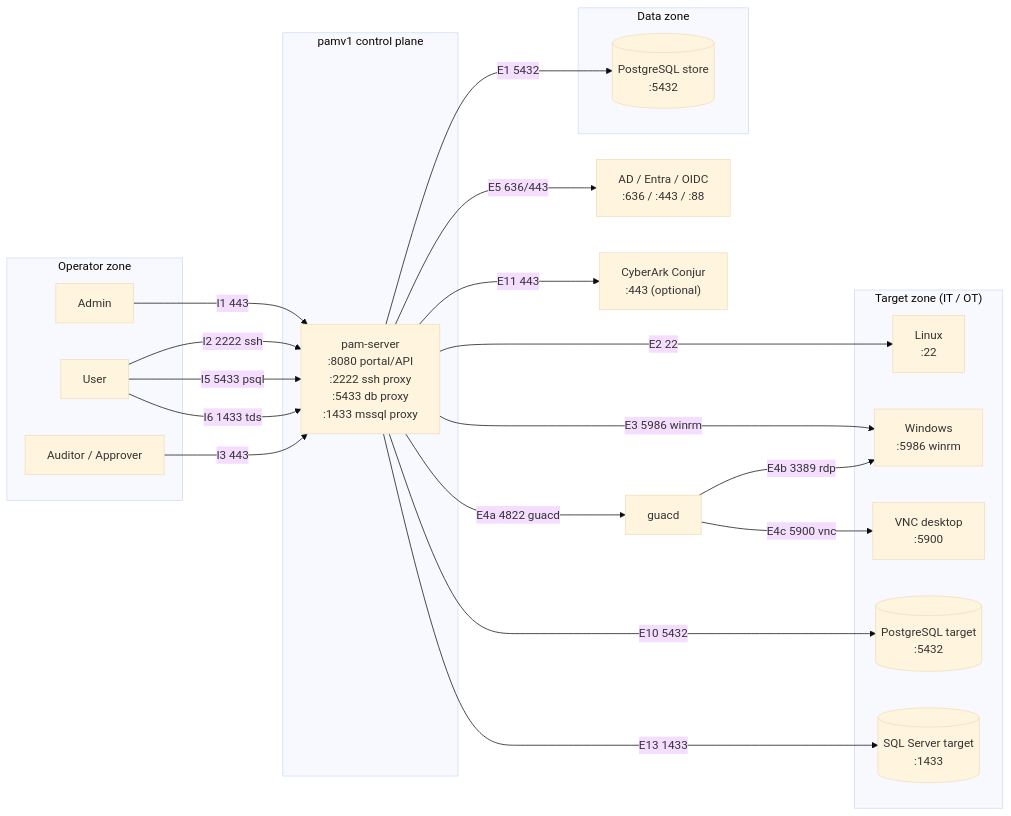
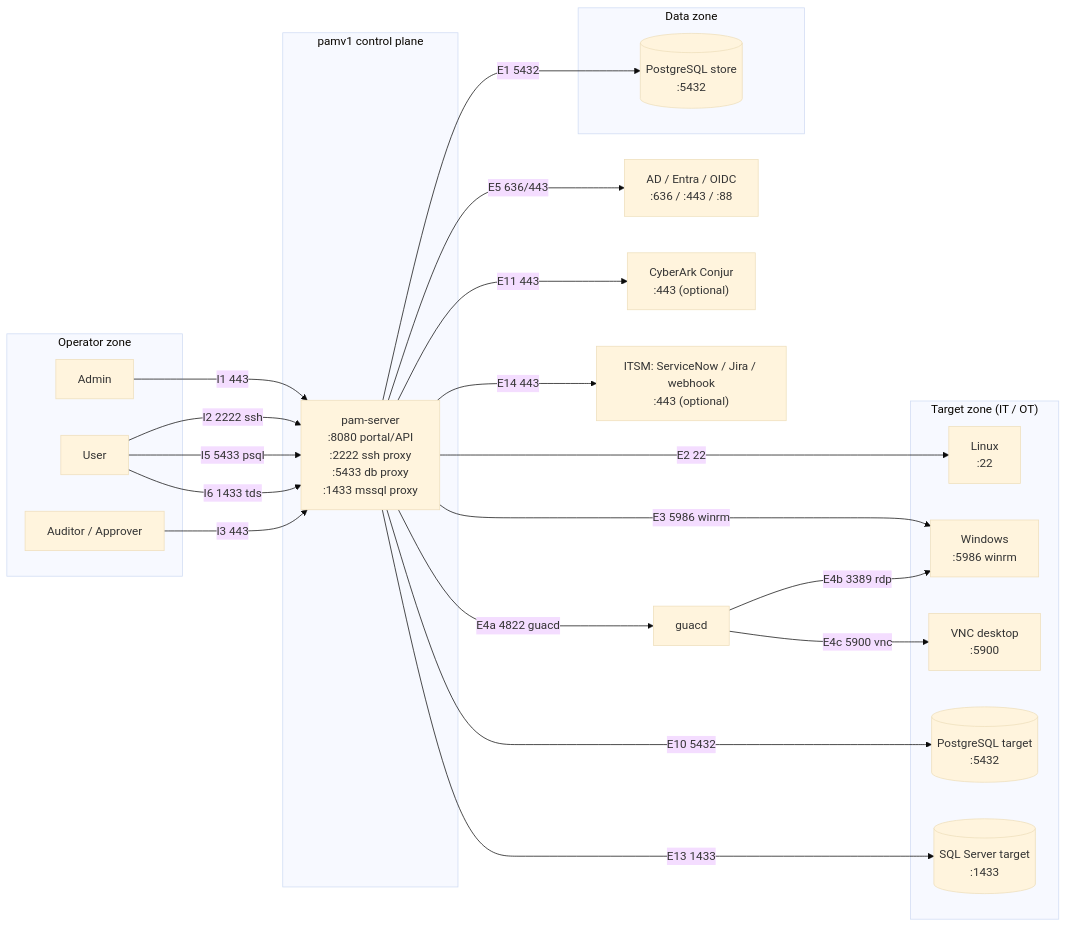
The diagram in docs/PORTS-AND-FLOWS.md (morandeirachema/PAMv1), drawn with Mermaid (base theme) before and after one commit. The commit also changed other lines of this file and 20 other files, not shown here.

````diff
--- a/docs/PORTS-AND-FLOWS.md
+++ b/docs/PORTS-AND-FLOWS.md
@@ -90,39 +100,41 @@
 ```mermaid
 flowchart LR
     subgraph OPS["Operator zone"]
         A["Admin"]
         U["User"]
         R["Auditor / Approver"]
     end
     subgraph PAM["pamv1 control plane"]
         S["pam-server<br/>:8080 portal/API<br/>:2222 ssh proxy<br/>:5433 db proxy<br/>:1433 mssql proxy"]
     end
     subgraph DATA["Data zone"]
         DB[("PostgreSQL store<br/>:5432")]
     end
     subgraph TGT["Target zone (IT / OT)"]
         L["Linux<br/>:22"]
         W["Windows<br/>:5986 winrm"]
         V["VNC desktop<br/>:5900"]
         PG[("PostgreSQL target<br/>:5432")]
         MS[("SQL Server target<br/>:1433")]
     end
     ID["AD / Entra / OIDC<br/>:636 / :443 / :88"]
     CJ["CyberArk Conjur<br/>:443 (optional)"]
+    TK["ITSM: ServiceNow / Jira / webhook<br/>:443 (optional)"]
 
     A -->|"I1 443"| S
     U -->|"I2 2222 ssh"| S
     U -->|"I5 5433 psql"| S
     U -->|"I6 1433 tds"| S
     R -->|"I3 443"| S
     S -->|"E1 5432"| DB
     S -->|"E2 22"| L
     S -->|"E3 5986 winrm"| W
     S -->|"E4a 4822 guacd"| G["guacd"]
     G -->|"E4b 3389 rdp"| W
     G -->|"E4c 5900 vnc"| V
     S -->|"E10 5432"| PG
     S -->|"E13 1433"| MS
     S -->|"E5 636/443"| ID
     S -->|"E11 443"| CJ
+    S -->|"E14 443"| TK
 ```
````
